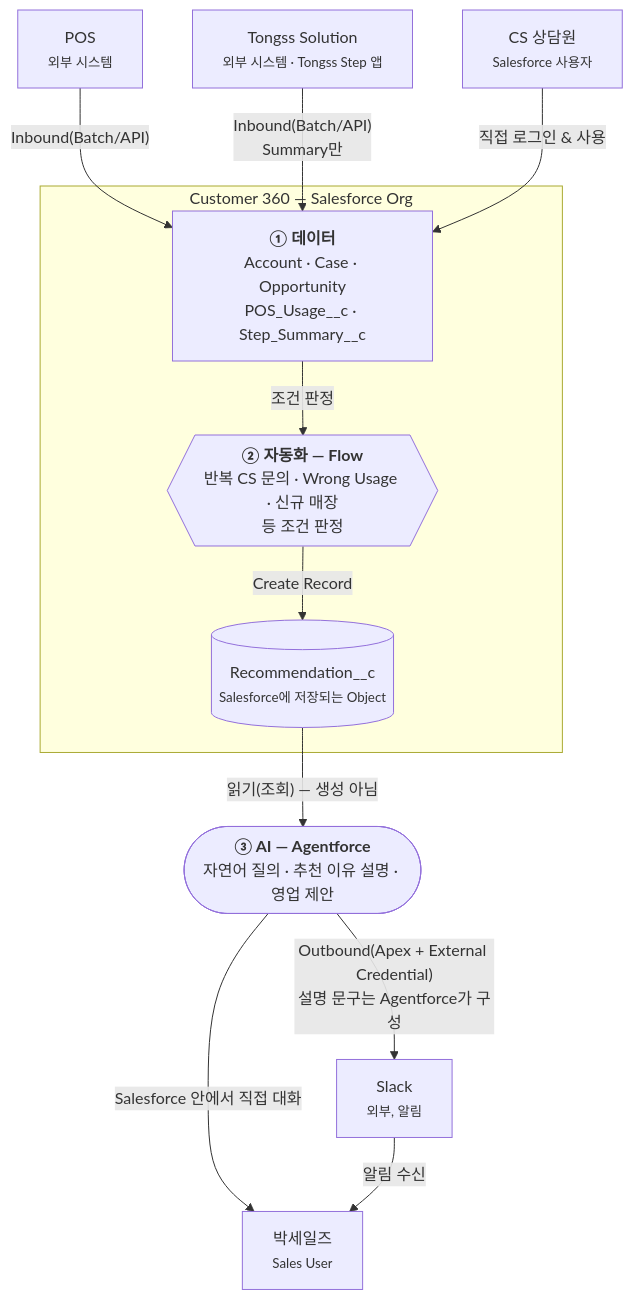
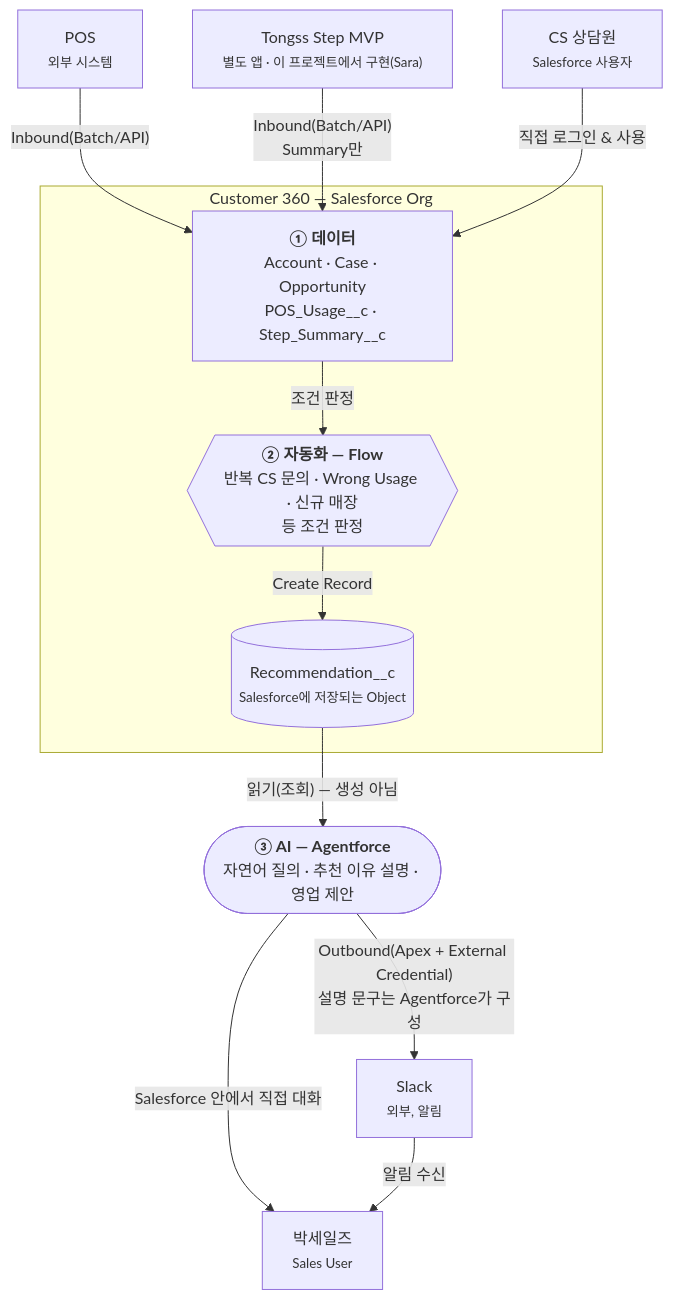
Before and after one commit to CellsOrg/CellsProject: the diagram in docs/05_SYSTEM_ARCHITECTURE.md, drawn with Mermaid. The commit also changed other lines of this file and 22 other files, not shown here.

````diff
--- a/docs/05_SYSTEM_ARCHITECTURE.md
+++ b/docs/05_SYSTEM_ARCHITECTURE.md
@@ -42,27 +44,27 @@
 ```mermaid
 flowchart TB
     POS["POS<br/><small>외부 시스템</small>"]
-    TS["Tongss Solution<br/><small>외부 시스템 · Tongss Step 앱</small>"]
+    TS["Tongss Step MVP<br/><small>별도 앱 · 이 프로젝트에서 구현(Sara)</small>"]
     CSU["CS 상담원<br/><small>Salesforce 사용자</small>"]
 
     subgraph C360["Customer 360 — Salesforce Org"]
         DATA["<b>① 데이터</b><br/>Account · Case · Opportunity<br/>POS_Usage__c · Step_Summary__c"]
         FLOW{{"<b>② 자동화 — Flow</b><br/>반복 CS 문의 · Wrong Usage · 신규 매장<br/>등 조건 판정"}}
         REC[("Recommendation__c<br/><small>Salesforce에 저장되는 Object</small>")]
         DATA -->|조건 판정| FLOW
         FLOW -->|Create Record| REC
     end
 
     AGENT(["<b>③ AI — Agentforce</b><br/>자연어 질의 · 추천 이유 설명 · 영업 제안"])
     SLACK["Slack<br/><small>외부, 알림</small>"]
     SALES["박세일즈<br/><small>Sales User</small>"]
 
     POS -->|"Inbound(Batch/API)"| DATA
     TS -->|"Inbound(Batch/API)<br/>Summary만"| DATA
     CSU -->|"직접 로그인 & 사용"| DATA
 
     REC -->|"읽기(조회) — 생성 아님"| AGENT
     AGENT -->|"Outbound(Apex + External Credential)<br/>설명 문구는 Agentforce가 구성"| SLACK
     AGENT -->|Salesforce 안에서 직접 대화| SALES
     SLACK -->|알림 수신| SALES
 ```
````
